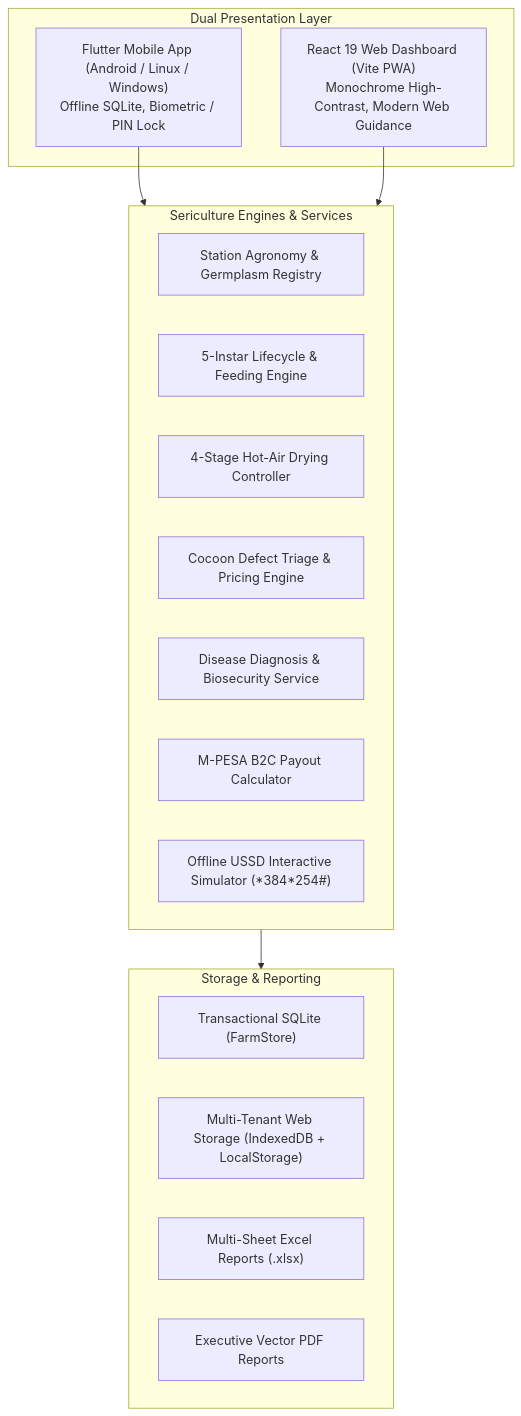
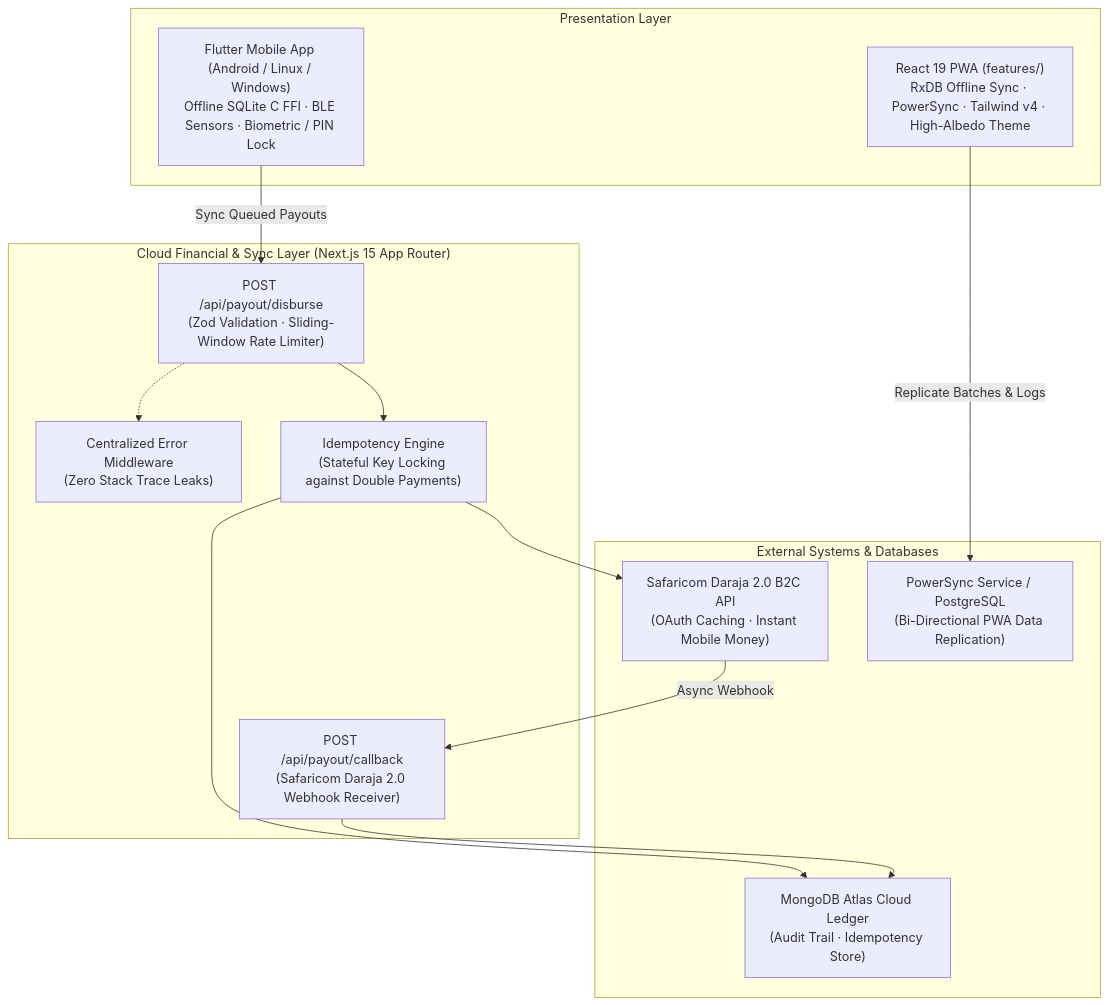
Before and after one commit to Dr-Rank1/Kalro-App: the diagram in README.md, drawn with Mermaid. The commit also changed other lines of this file and 4 other files, not shown here.

Commit message:
docs: update comprehensive master documentation, architecture specs, and repository description

````diff
--- a/README.md
+++ b/README.md
@@ -66,28 +47,29 @@
 ```mermaid
 flowchart TD
-    subgraph UI_Layer ["Dual Presentation Layer"]
-        FlutterApp["Flutter Mobile App (Android / Linux / Windows)\nOffline SQLite, Biometric / PIN Lock"]
-        WebApp["React 19 Web Dashboard (Vite PWA)\nMonochrome High-Contrast, Modern Web Guidance"]
+    subgraph Clients ["Presentation Layer"]
+        FlutterApp["Flutter Mobile App (Android / Linux / Windows)\nOffline SQLite C FFI · BLE Sensors · Biometric / PIN Lock"]
+        WebApp["React 19 PWA (features/)\nRxDB Offline Sync · PowerSync · Tailwind v4 · High-Albedo Theme"]
     end
 
-    subgraph Service_Layer ["Sericulture Engines & Services"]
-        AgronomyService["Station Agronomy & Germplasm Registry"]
-        LifecycleService["5-Instar Lifecycle & Feeding Engine"]
-        DryingService["4-Stage Hot-Air Drying Controller"]
-        GradingService["Cocoon Defect Triage & Pricing Engine"]
-        DiseaseService["Disease Diagnosis & Biosecurity Service"]
-        PayoutService["M-PESA B2C Payout Calculator"]
-        USSDService["Offline USSD Interactive Simulator (*384*254#)"]
+    subgraph BackendAPI ["Cloud Financial & Sync Layer (Next.js 15 App Router)"]
+        DisburseAPI["POST /api/payout/disburse\n(Zod Validation · Sliding-Window Rate Limiter)"]
+        IdempotencyGuard["Idempotency Engine\n(Stateful Key Locking against Double Payments)"]
+        CallbackAPI["POST /api/payout/callback\n(Safaricom Daraja 2.0 Webhook Receiver)"]
+        CentralErrorHandler["Centralized Error Middleware\n(Zero Stack Trace Leaks)"]
     end
 
-    subgraph Storage_Layer ["Storage & Reporting"]
-        SQLiteDB["Transactional SQLite (FarmStore)"]
-        IndexedDB["Multi-Tenant Web Storage (IndexedDB + LocalStorage)"]
-        ExcelExport["Multi-Sheet Excel Reports (.xlsx)"]
-        PDFExport["Executive Vector PDF Reports"]
+    subgraph External_Services ["External Systems & Databases"]
+        Safaricom["Safaricom Daraja 2.0 B2C API\n(OAuth Caching · Instant Mobile Money)"]
+        MongoDB["MongoDB Atlas Cloud Ledger\n(Audit Trail · Idempotency Store)"]
+        PowerSyncCloud["PowerSync Service / PostgreSQL\n(Bi-Directional PWA Data Replication)"]
     end
 
-    FlutterApp --> Service_Layer
-    WebApp --> Service_Layer
-    Service_Layer --> Storage_Layer
+    FlutterApp -->|Sync Queued Payouts| DisburseAPI
+    WebApp -->|Replicate Batches & Logs| PowerSyncCloud
+    DisburseAPI --> IdempotencyGuard
+    IdempotencyGuard --> Safaricom
+    IdempotencyGuard --> MongoDB
+    Safaricom -->|Async Webhook| CallbackAPI
+    CallbackAPI --> MongoDB
+    DisburseAPI -.-> CentralErrorHandler
 ```
````
